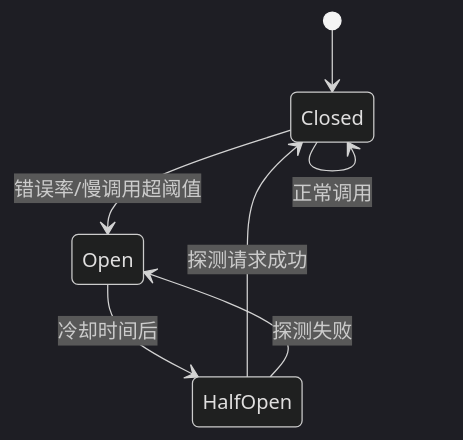
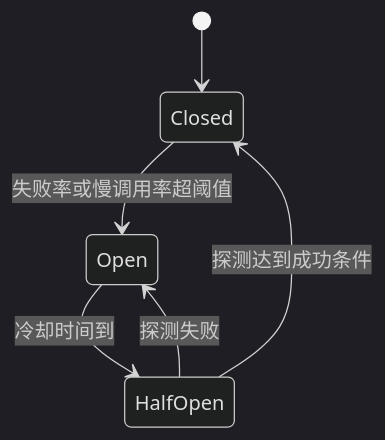
The second of 2 diagrams in 后端学习/系统设计/02-限流熔断与降级.md (moqix26/study), drawn with Mermaid (dark theme) before and after one commit. The commit also changed other lines of this file and 202 other files, not shown here.

````diff
--- a/后端学习/系统设计/02-限流熔断与降级.md
+++ b/后端学习/系统设计/02-限流熔断与降级.md
@@ -315,9 +274,8 @@
 ```mermaid
 stateDiagram-v2
     [*] --> Closed
-    Closed --> Open: 错误率/慢调用超阈值
-    Open --> HalfOpen: 冷却时间后
-    HalfOpen --> Closed: 探测请求成功
+    Closed --> Open: 失败率或慢调用率超阈值
+    Open --> HalfOpen: 冷却时间到
+    HalfOpen --> Closed: 探测达到成功条件
     HalfOpen --> Open: 探测失败
-    Closed --> Closed: 正常调用
 ```
````
